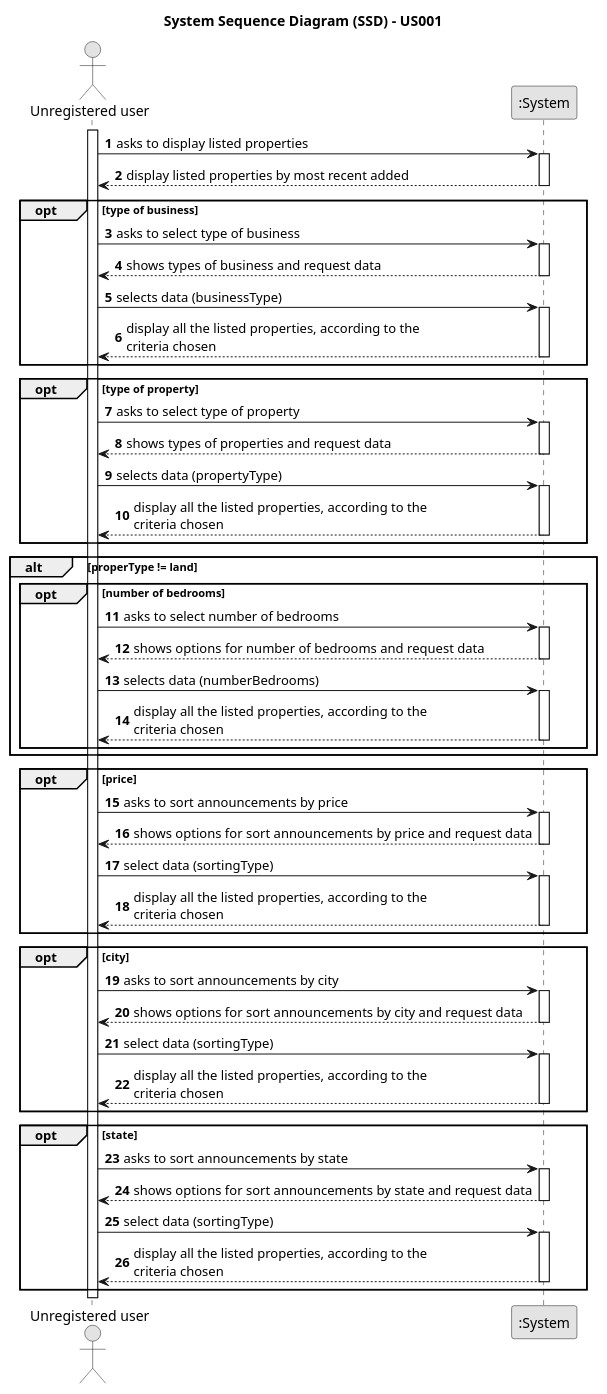
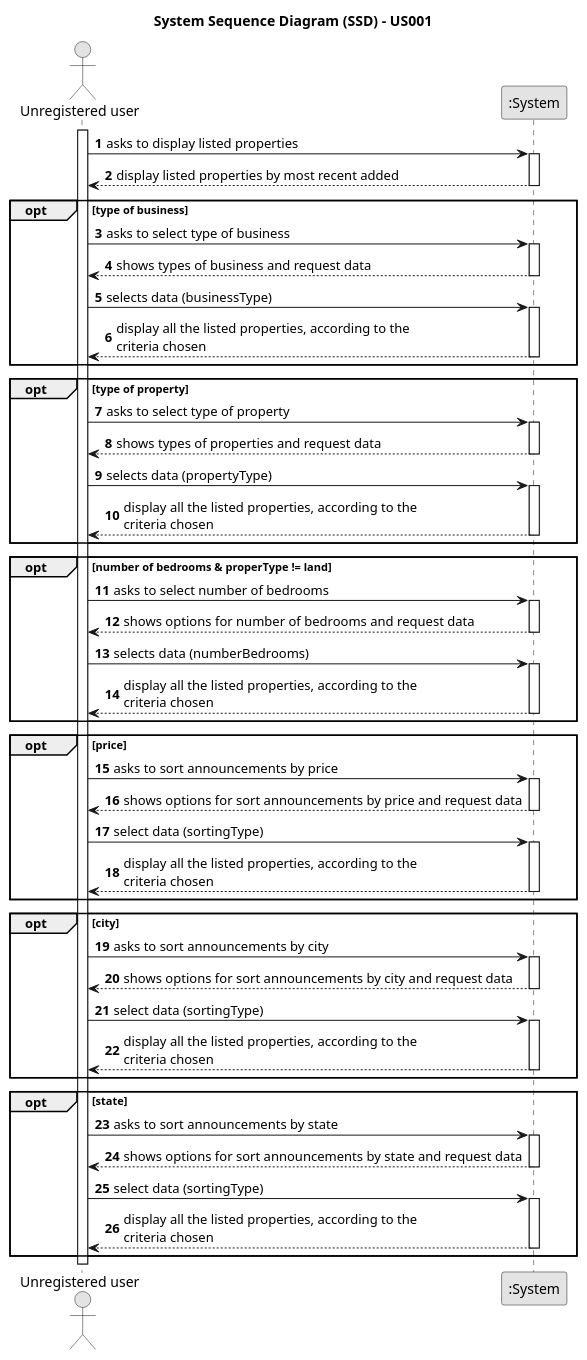
Before and after one commit to rita-barbosa/LAPR2-2223: the diagram in docs/sprintD/us001/01.requirements-engineering/puml/us001-system-sequence-diagram.puml, drawn with PlantUML. The commit also changed 1 other file, not shown here.

Commit message:
Update System Sequence Diagram + SVG [US001][Requirements Engineering]

```diff
--- a/docs/sprintD/us001/01.requirements-engineering/puml/us001-system-sequence-diagram.puml
+++ b/docs/sprintD/us001/01.requirements-engineering/puml/us001-system-sequence-diagram.puml
@@ -1,110 +1,106 @@
 @startuml
 skinparam monochrome true
 skinparam packageStyle rectangle
 skinparam shadowing false
 
 title System Sequence Diagram (SSD) - US001
 
 autonumber
 
 actor "Unregistered user" as User
 participant ":System" as System
 
 activate User
 
     User -> System : asks to display listed properties
     activate System
 
     System --> User : display listed properties by most recent added
     deactivate System
 
     opt type of business
         User -> System : asks to select type of business
         activate System
 
         System --> User : shows types of business and request data
         deactivate System
 
         User -> System : selects data (businessType)
         activate System
 
         System --> User : display all the listed properties, according to the \ncriteria chosen
         deactivate System
     end
 
     opt type of property
         User -> System : asks to select type of property
         activate System
 
         System --> User : shows types of properties and request data
         deactivate System
 
         User -> System : selects data (propertyType)
         activate System
 
         System --> User : display all the listed properties, according to the \ncriteria chosen
         deactivate System
     end
 
-    alt properType != land
+    opt number of bedrooms & properType != land
+        User -> System : asks to select number of bedrooms
+        activate System
 
-        opt number of bedrooms
-            User -> System : asks to select number of bedrooms
-            activate System
+        System --> User : shows options for number of bedrooms and request data
+        deactivate System
 
-            System --> User : shows options for number of bedrooms and request data
-            deactivate System
+        User -> System : selects data (numberBedrooms)
+        activate System
 
-            User -> System : selects data (numberBedrooms)
-            activate System
-
-            System --> User : display all the listed properties, according to the \ncriteria chosen
-            deactivate System
-        end
-
+        System --> User : display all the listed properties, according to the \ncriteria chosen
+        deactivate System
     end
 
     opt price
         User -> System : asks to sort announcements by price
         activate System
 
         System --> User : shows options for sort announcements by price and request data
         deactivate System
 
         User -> System : select data (sortingType)
         activate System
 
         System --> User : display all the listed properties, according to the \ncriteria chosen
         deactivate System
     end
 
     opt city
         User -> System : asks to sort announcements by city
         activate System
 
         System --> User : shows options for sort announcements by city and request data
         deactivate System
 
         User -> System : select data (sortingType)
         activate System
 
         System --> User : display all the listed properties, according to the \ncriteria chosen
         deactivate System
     end
 
     opt state
         User -> System : asks to sort announcements by state
         activate System
 
         System --> User :  shows options for sort announcements by state and request data
         deactivate System
 
         User -> System : select data (sortingType)
         activate System
 
         System --> User : display all the listed properties, according to the \ncriteria chosen
         deactivate System
     end
 
 
 @enduml
```
